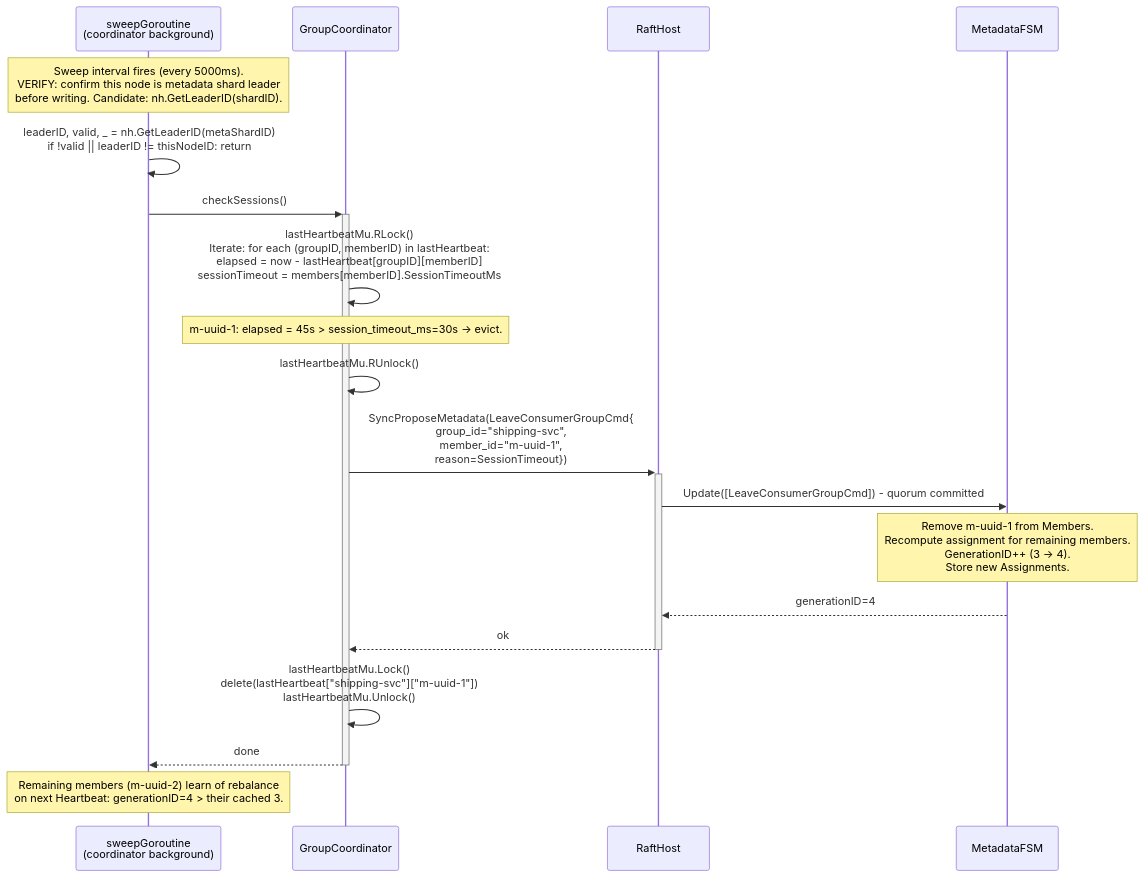
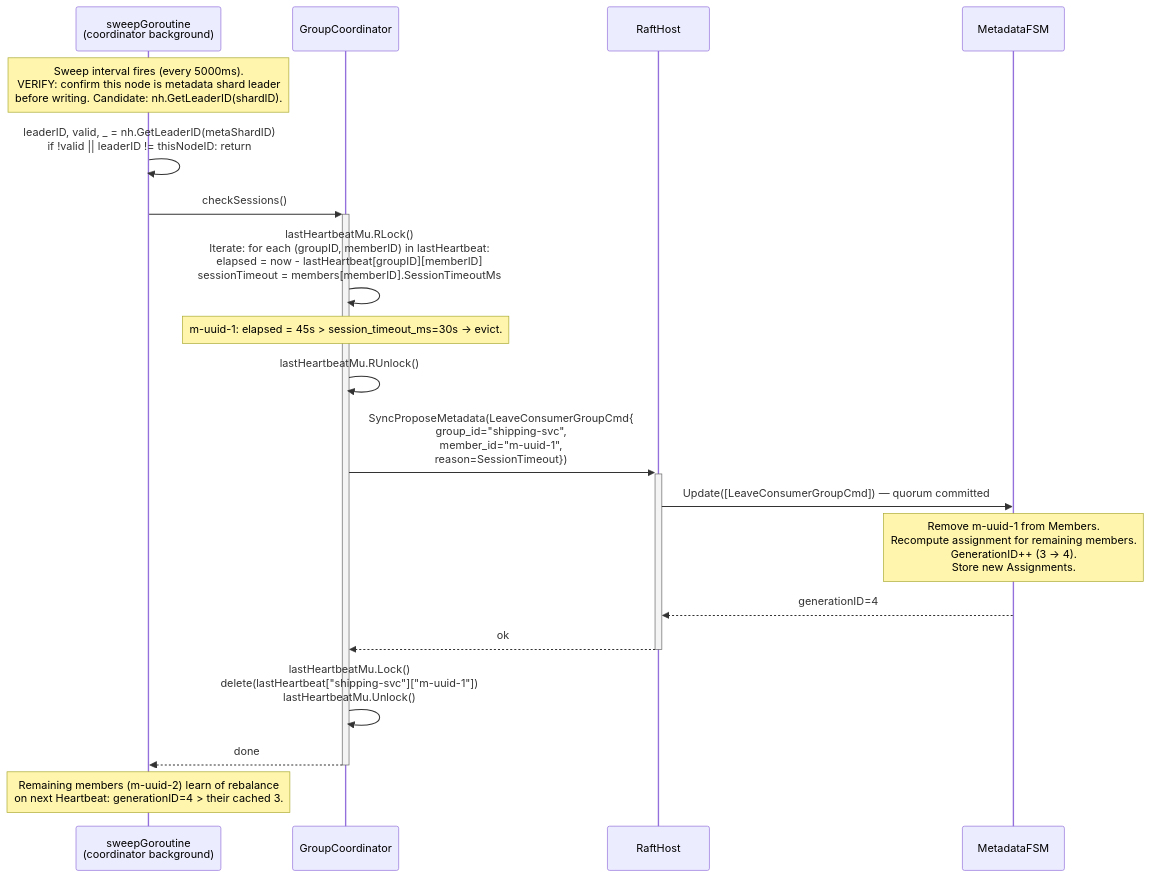
Before and after one commit to bunnymq/bunnymq: the fourth of 4 diagrams in docs/design/sequence/group-heartbeat.md, drawn with Mermaid. The commit also changed other lines of this file and 86 other files, not shown here.

````diff
--- a/docs/design/sequence/group-heartbeat.md
+++ b/docs/design/sequence/group-heartbeat.md
@@ -94,32 +94,32 @@
 ```mermaid
 sequenceDiagram
     participant Sweep as sweepGoroutine<br/>(coordinator background)
     participant GC as GroupCoordinator
     participant RH as RaftHost
     participant MFSM as MetadataFSM
 
     Note over Sweep: Sweep interval fires (every 5000ms).<br/>VERIFY: confirm this node is metadata shard leader<br/>before writing. Candidate: nh.GetLeaderID(shardID).
 
     Sweep->>Sweep: leaderID, valid, _ = nh.GetLeaderID(metaShardID)<br/>if !valid || leaderID != thisNodeID: return
 
     Sweep->>+GC: checkSessions()
 
     GC->>GC: lastHeartbeatMu.RLock()<br/>Iterate: for each (groupID, memberID) in lastHeartbeat:<br/>  elapsed = now - lastHeartbeat[groupID][memberID]<br/>  sessionTimeout = members[memberID].SessionTimeoutMs
 
     Note over GC: m-uuid-1: elapsed = 45s > session_timeout_ms=30s → evict.
 
     GC->>GC: lastHeartbeatMu.RUnlock()
 
     GC->>+RH: SyncProposeMetadata(LeaveConsumerGroupCmd{<br/>group_id="shipping-svc",<br/>member_id="m-uuid-1",<br/>reason=SessionTimeout})
 
-    RH->>MFSM: Update([LeaveConsumerGroupCmd]) - quorum committed
+    RH->>MFSM: Update([LeaveConsumerGroupCmd]) — quorum committed
     Note over MFSM: Remove m-uuid-1 from Members.<br/>Recompute assignment for remaining members.<br/>GenerationID++ (3 → 4).<br/>Store new Assignments.
     MFSM-->>RH: generationID=4
     RH-->>-GC: ok
 
     GC->>GC: lastHeartbeatMu.Lock()<br/>delete(lastHeartbeat["shipping-svc"]["m-uuid-1"])<br/>lastHeartbeatMu.Unlock()
 
     GC-->>-Sweep: done
 
     Note over Sweep: Remaining members (m-uuid-2) learn of rebalance<br/>on next Heartbeat: generationID=4 > their cached 3.
 ```
````
